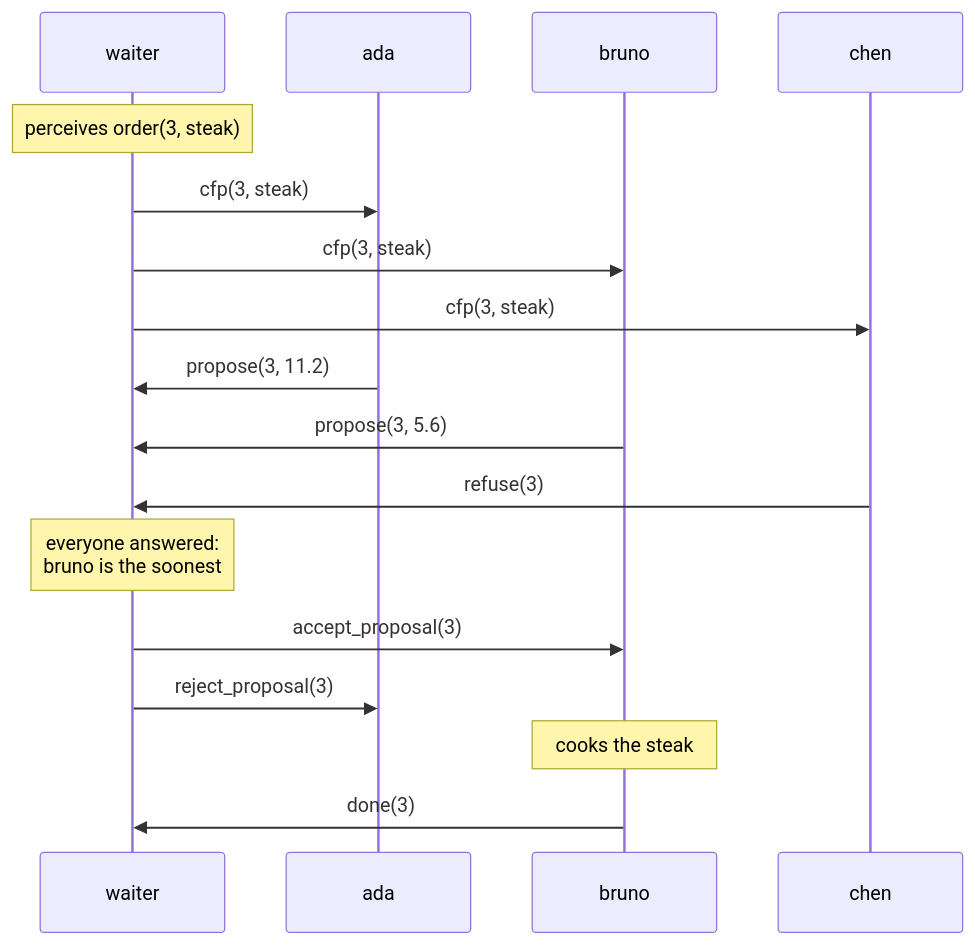
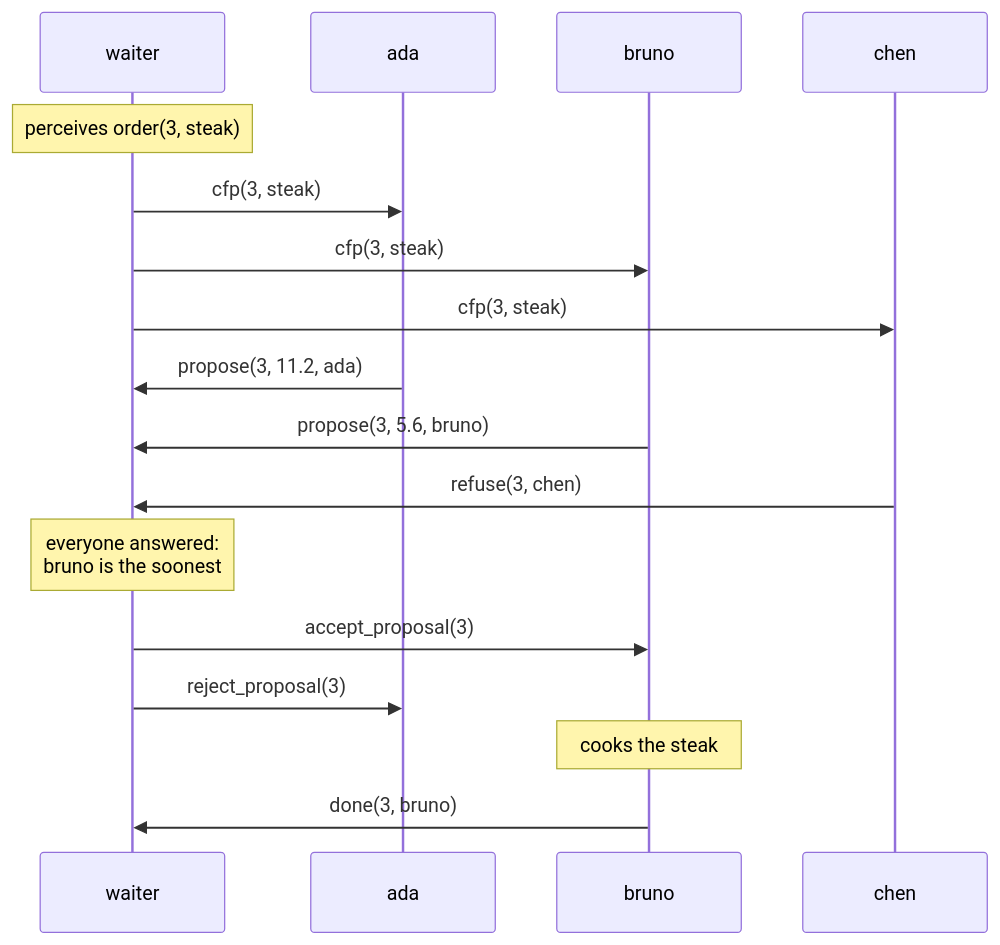
The first of 2 diagrams in website/docs/showcase/contract-net.md (jakta-bdi/jakta), drawn with Mermaid before and after one commit. The commit also changed other lines of this file and 5 other files, not shown here.

````diff
--- a/website/docs/showcase/contract-net.md
+++ b/website/docs/showcase/contract-net.md
@@ -54,19 +54,19 @@
 ```mermaid
 sequenceDiagram
   participant W as waiter
   participant A as ada
   participant B as bruno
   participant C as chen
   Note over W: perceives order(3, steak)
   W->>A: cfp(3, steak)
   W->>B: cfp(3, steak)
   W->>C: cfp(3, steak)
-  A->>W: propose(3, 11.2)
-  B->>W: propose(3, 5.6)
-  C->>W: refuse(3)
+  A->>W: propose(3, 11.2, ada)
+  B->>W: propose(3, 5.6, bruno)
+  C->>W: refuse(3, chen)
   Note over W: everyone answered:<br/>bruno is the soonest
   W->>B: accept_proposal(3)
   W->>A: reject_proposal(3)
   Note over B: cooks the steak
-  B->>W: done(3)
+  B->>W: done(3, bruno)
 ```
````
